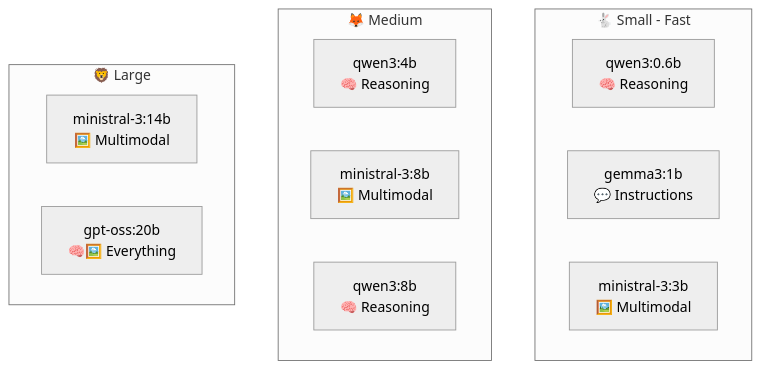
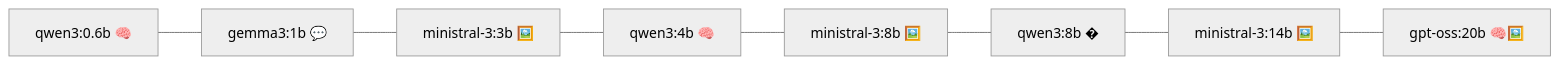
Before and after one commit to adityasasidhar/Llm_router: the third of 3 diagrams in README.md, drawn with Mermaid (neutral theme). The commit also changed other lines of this file, not shown here.

Commit message:
Remove subgraph boxes, keep clean flow

````diff
--- a/README.md
+++ b/README.md
@@ -158,19 +116,10 @@
 ```mermaid
-flowchart TB
-    subgraph Small["🐇 Small - Fast"]
-        A["qwen3:0.6b<br/>🧠 Reasoning"]
-        B["gemma3:1b<br/>💬 Instructions"]
-        C["ministral-3:3b<br/>🖼️ Multimodal"]
-    end
-    
-    subgraph Medium["🦊 Medium"]
-        D["qwen3:4b<br/>🧠 Reasoning"]
-        E["ministral-3:8b<br/>🖼️ Multimodal"]
-        F["qwen3:8b<br/>🧠 Reasoning"]
-    end
-    
-    subgraph Large["🦁 Large"]
-        G["ministral-3:14b<br/>🖼️ Multimodal"]
-        H["gpt-oss:20b<br/>🧠🖼️ Everything"]
-    end
+flowchart LR
+    A["qwen3:0.6b 🧠"] --- B["gemma3:1b 💬"]
+    B --- C["ministral-3:3b 🖼️"]
+    C --- D["qwen3:4b 🧠"]
+    D --- E["ministral-3:8b 🖼️"]
+    E --- F["qwen3:8b �"]
+    F --- G["ministral-3:14b 🖼️"]
+    G --- H["gpt-oss:20b 🧠🖼️"]
 ```
````
